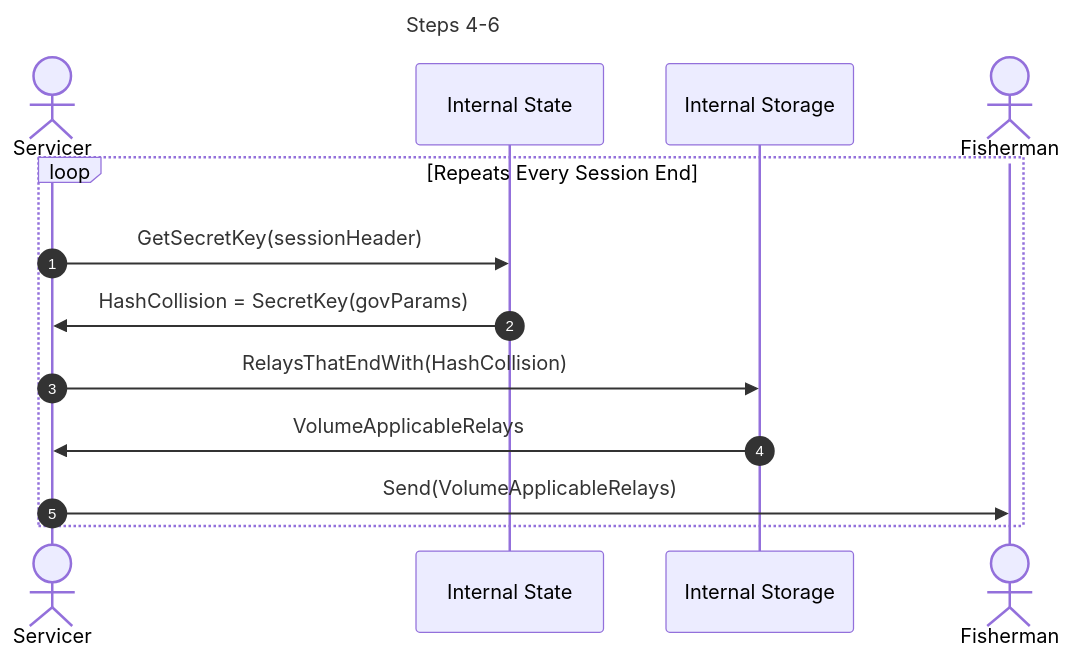
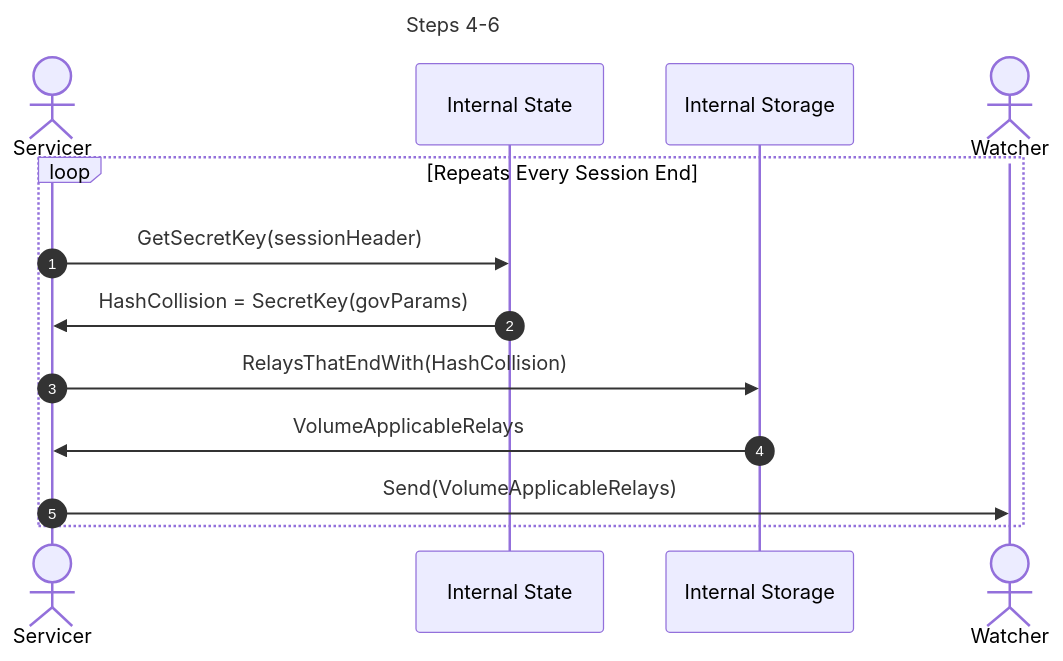
Before and after one commit to pokt-network/pocket: the second of 5 diagrams in utility/doc/PROTOCOL_RELAY.md, drawn with Mermaid. The commit also changed other lines of this file and 87 other files, not shown here.

Commit message:
Rename all instances of 'fisherman' to 'watcher'

````diff
--- a/utility/doc/PROTOCOL_RELAY.md
+++ b/utility/doc/PROTOCOL_RELAY.md
@@ -48,16 +48,16 @@
 ```mermaid
 sequenceDiagram
 	    title Steps 4-6
 	    autonumber
 	    actor Servicer
         participant Internal State
         participant Internal Storage
-        actor Fisherman
+        actor Watcher
 	    loop Repeats Every Session End
 	        Servicer->>Internal State: GetSecretKey(sessionHeader)
             Internal State->>Servicer: HashCollision = SecretKey(govParams)
 	        Servicer->>Internal Storage: RelaysThatEndWith(HashCollision)
             Internal Storage->>Servicer: VolumeApplicableRelays
-            Servicer->>Fisherman: Send(VolumeApplicableRelays)
+            Servicer->>Watcher: Send(VolumeApplicableRelays)
 	    end
 ```
````
